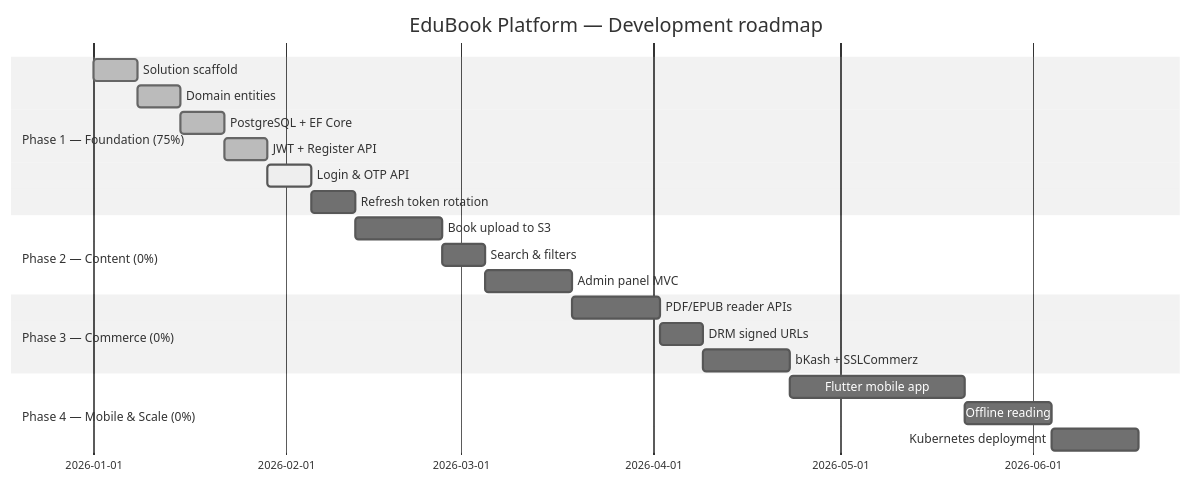
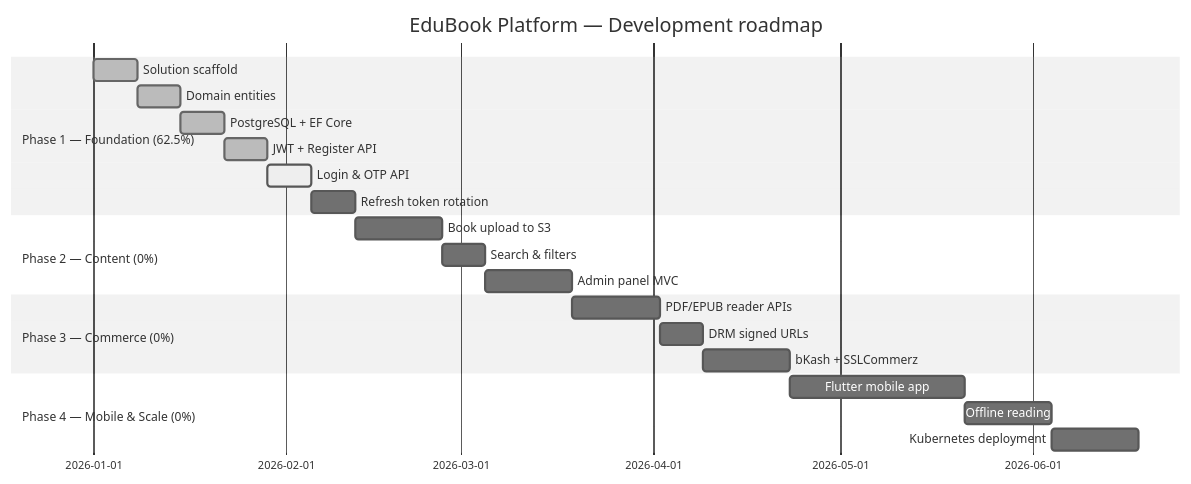
The seventh of 8 diagrams in README.md (Parvez6084/EduBook), drawn with Mermaid (neutral theme) before and after one commit. The commit also changed other lines of this file and 11 other files, not shown here.

````diff
--- a/README.md
+++ b/README.md
@@ -460,24 +464,24 @@
 ```mermaid
 gantt
     title EduBook Platform — Development roadmap
     dateFormat  YYYY-MM-DD
-    section Phase 1 — Foundation (75%)
+    section Phase 1 — Foundation (62.5%)
     Solution scaffold        :done,    p1a, 2026-01-01, 7d
     Domain entities          :done,    p1b, after p1a, 7d
     PostgreSQL + EF Core     :done,    p1c, after p1b, 7d
     JWT + Register API       :done,    p1d, after p1c, 7d
     Login & OTP API          :active,  p1e, after p1d, 7d
     Refresh token rotation   :         p1f, after p1e, 7d
     section Phase 2 — Content (0%)
     Book upload to S3        :         p2a, after p1f, 14d
     Search & filters         :         p2b, after p2a, 7d
     Admin panel MVC          :         p2c, after p2b, 14d
     section Phase 3 — Commerce (0%)
     PDF/EPUB reader APIs     :         p3a, after p2c, 14d
     DRM signed URLs          :         p3b, after p3a, 7d
     bKash + SSLCommerz       :         p3c, after p3b, 14d
     section Phase 4 — Mobile & Scale (0%)
     Flutter mobile app       :         p4a, after p3c, 28d
     Offline reading          :         p4b, after p4a, 14d
     Kubernetes deployment    :         p4c, after p4b, 14d
 ```
````
